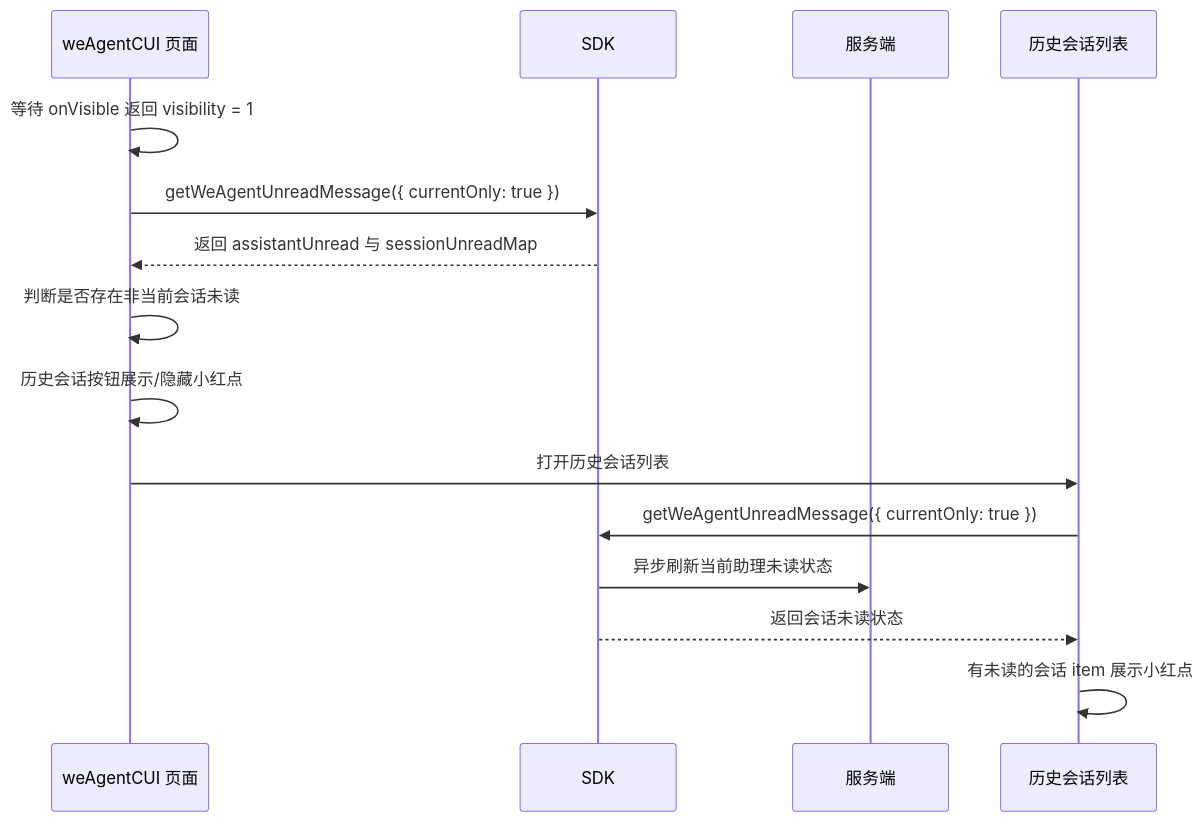
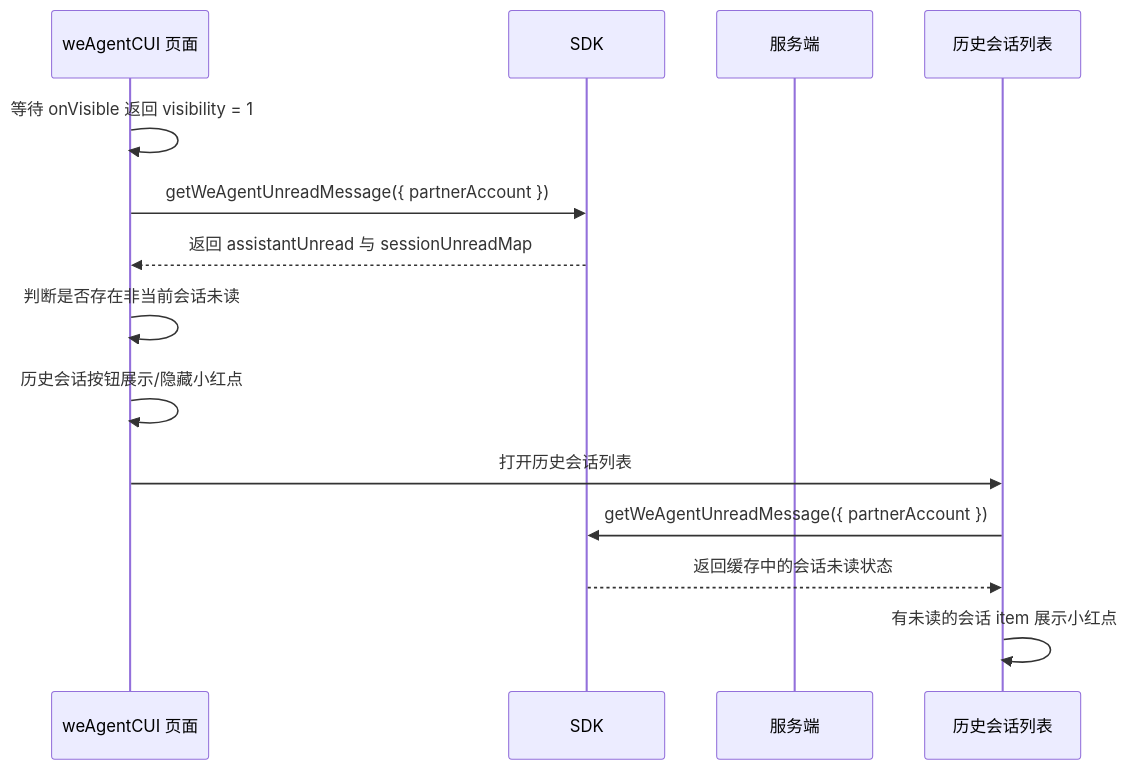
The sixth of 6 diagrams in 2026-06-11-we-agent-tab-unread-red-dot-plan.md (Abelsjcheng/skillSDK), drawn with Mermaid before and after one commit. The commit also changed other lines of this file and 1 other file, not shown here.

````diff
--- a/2026-06-11-we-agent-tab-unread-red-dot-plan.md
+++ b/2026-06-11-we-agent-tab-unread-red-dot-plan.md
@@ -155,18 +188,17 @@
 ```mermaid
 sequenceDiagram
     participant CUI as weAgentCUI 页面
     participant SDK as SDK
     participant Server as 服务端
     participant List as 历史会话列表
 
     CUI->>CUI: 等待 onVisible 返回 visibility = 1
-    CUI->>SDK: getWeAgentUnreadMessage({ currentOnly: true })
+    CUI->>SDK: getWeAgentUnreadMessage({ partnerAccount })
     SDK-->>CUI: 返回 assistantUnread 与 sessionUnreadMap
     CUI->>CUI: 判断是否存在非当前会话未读
     CUI->>CUI: 历史会话按钮展示/隐藏小红点
     CUI->>List: 打开历史会话列表
-    List->>SDK: getWeAgentUnreadMessage({ currentOnly: true })
-    SDK->>Server: 异步刷新当前助理未读状态
-    SDK-->>List: 返回会话未读状态
+    List->>SDK: getWeAgentUnreadMessage({ partnerAccount })
+    SDK-->>List: 返回缓存中的会话未读状态
     List->>List: 有未读的会话 item 展示小红点
 ```
````
